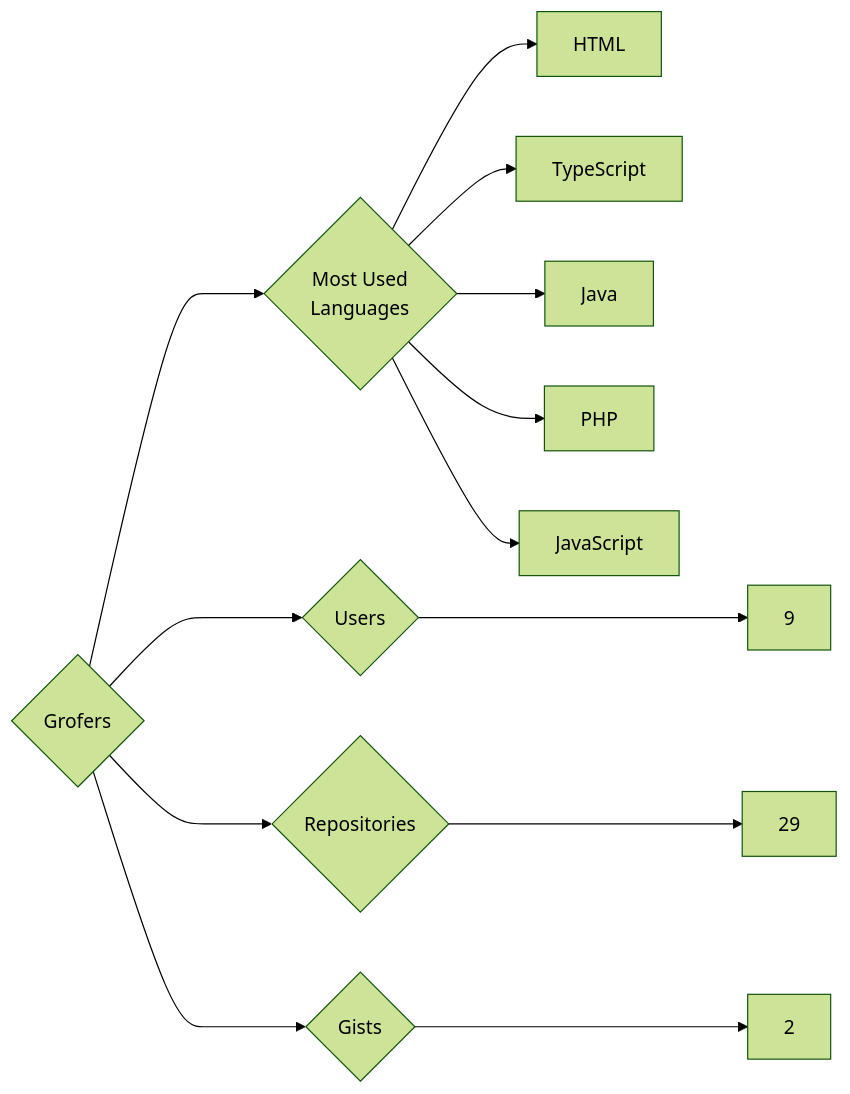
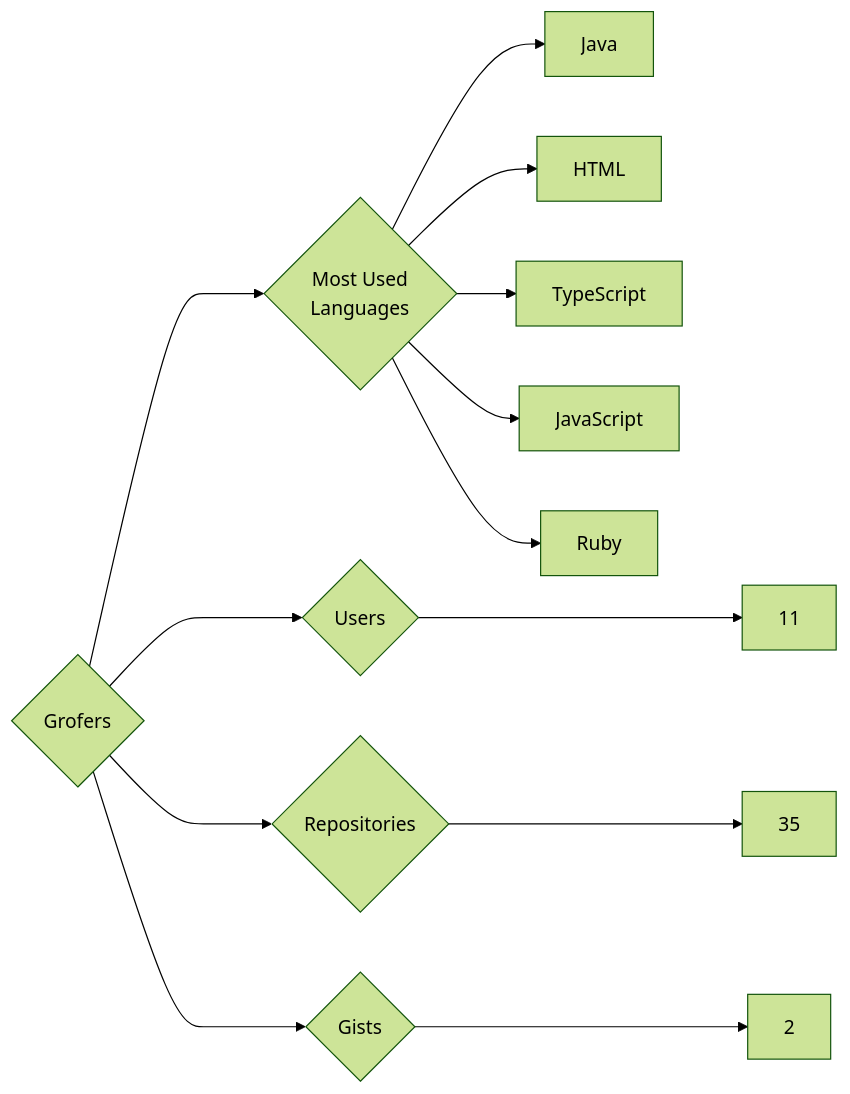
Before and after one commit to trickest/insiders: the diagram in targets/Grofers/README.md, drawn with Mermaid (forest theme). The commit also changed 1055 other files, not shown here.

````diff
--- a/targets/Grofers/README.md
+++ b/targets/Grofers/README.md
@@ -3,13 +3,13 @@
 ```mermaid
 graph LR
 COMPANY_NAME{Grofers}
-COMPANY_NAME ---> U{Users} ---> UN[9]
-COMPANY_NAME ---> R{Repositories} ---> RN[29]
+COMPANY_NAME ---> U{Users} ---> UN[11]
+COMPANY_NAME ---> R{Repositories} ---> RN[35]
 COMPANY_NAME ---> G{Gists} ---> GN[2]
 COMPANY_NAME ---> ML{Most Used<br>Languages}
+ML --> Java[Java]
 ML --> HTML[HTML]
 ML --> TypeScript[TypeScript]
-ML --> Java[Java]
-ML --> PHP[PHP]
 ML --> JavaScript[JavaScript]
+ML --> Ruby[Ruby]
 ```
````
